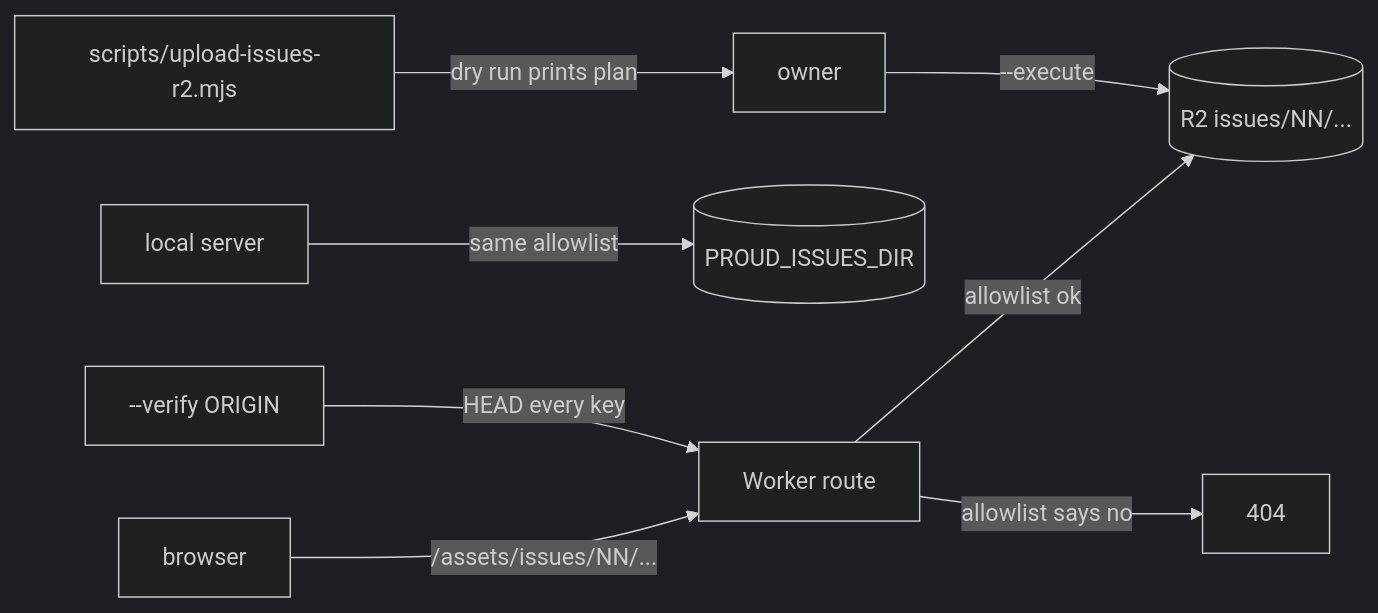
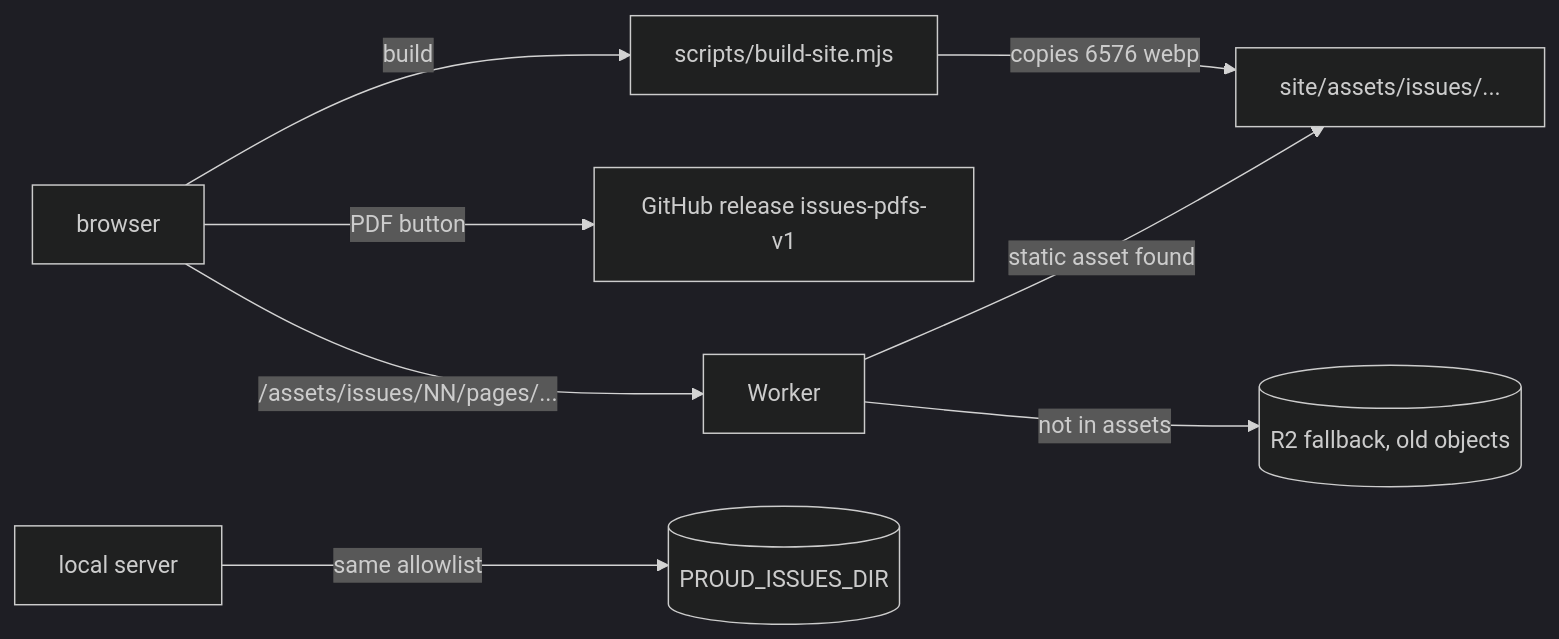
Before and after one commit to eminogrande/proud-de: the diagram in docs/HOSTING_ISSUES.md, drawn with Mermaid (dark theme). The commit also changed other lines of this file and 9 other files, not shown here.

Commit message:
feat(issues): serve page images as static assets and PDFs from the GitHub release, no R2 needed

````diff
--- a/docs/HOSTING_ISSUES.md
+++ b/docs/HOSTING_ISSUES.md
@@ -7,10 +8,10 @@
 ```mermaid
 flowchart LR
-  B[browser] -->|/assets/issues/NN/...| W[Worker route]
-  W -->|allowlist ok| R2[(R2 issues/NN/...)]
-  W -->|allowlist says no| N404[404]
+  B[browser] -->|/assets/issues/NN/pages/...| W[Worker]
+  W -->|static asset found| A[site/assets/issues/...]
+  W -->|not in assets| R2[(R2 fallback, old objects)]
+  B -->|PDF button| G[GitHub release issues-pdfs-v1]
+  B -->|build| S[scripts/build-site.mjs]
+  S -->|copies 6576 webp| A
   L[local server] -->|same allowlist| D[(PROUD_ISSUES_DIR)]
-  S[scripts/upload-issues-r2.mjs] -->|dry run prints plan| O[owner]
-  O -->|--execute| R2
-  A[--verify ORIGIN] -->|HEAD every key| W
 ```
````
